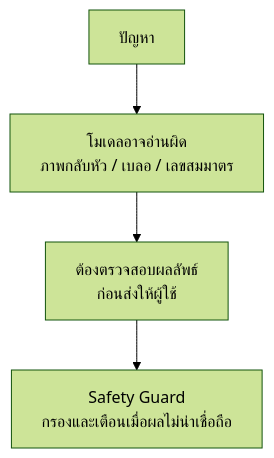
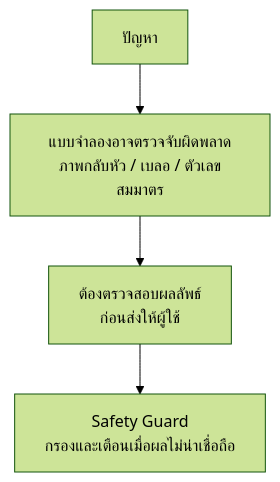
One commit to jirathxz/meter-reader changed the fifth of 5 diagrams in TUTORIAL.md. Above: the diagram before and after it, drawn with Mermaid (forest theme). The commit also changed other lines of this file and 13 other files, not shown here.

````diff
--- a/TUTORIAL.md
+++ b/TUTORIAL.md
@@ -905,6 +962,6 @@
 ```mermaid
 flowchart TD
- A["ปัญหา"] --> B["โมเดลอาจอ่านผิด<br/>ภาพกลับหัว / เบลอ / เลขสมมาตร"]
+ A["ปัญหา"] --> B["แบบจำลองอาจตรวจจับผิดพลาด<br/>ภาพกลับหัว / เบลอ / ตัวเลขสมมาตร"]
  B --> C["ต้องตรวจสอบผลลัพธ์<br/>ก่อนส่งให้ผู้ใช้"]
  C --> D["Safety Guard<br/>กรองและเตือนเมื่อผลไม่น่าเชื่อถือ"]
 ```
````
